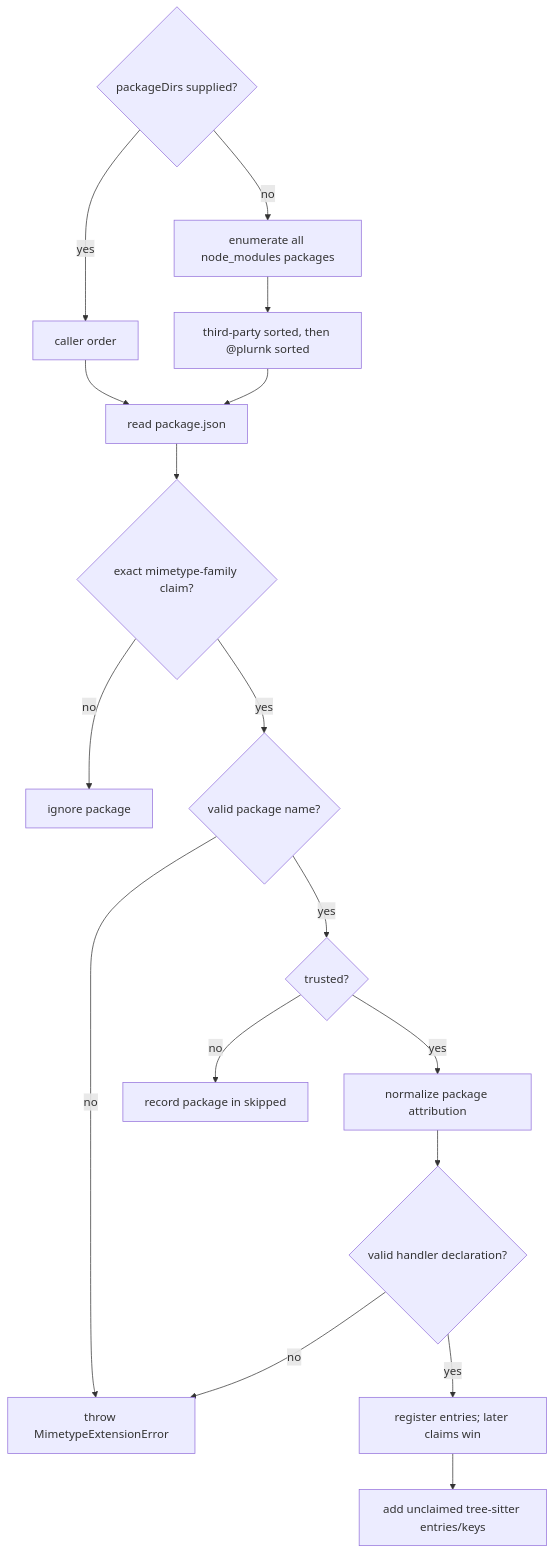
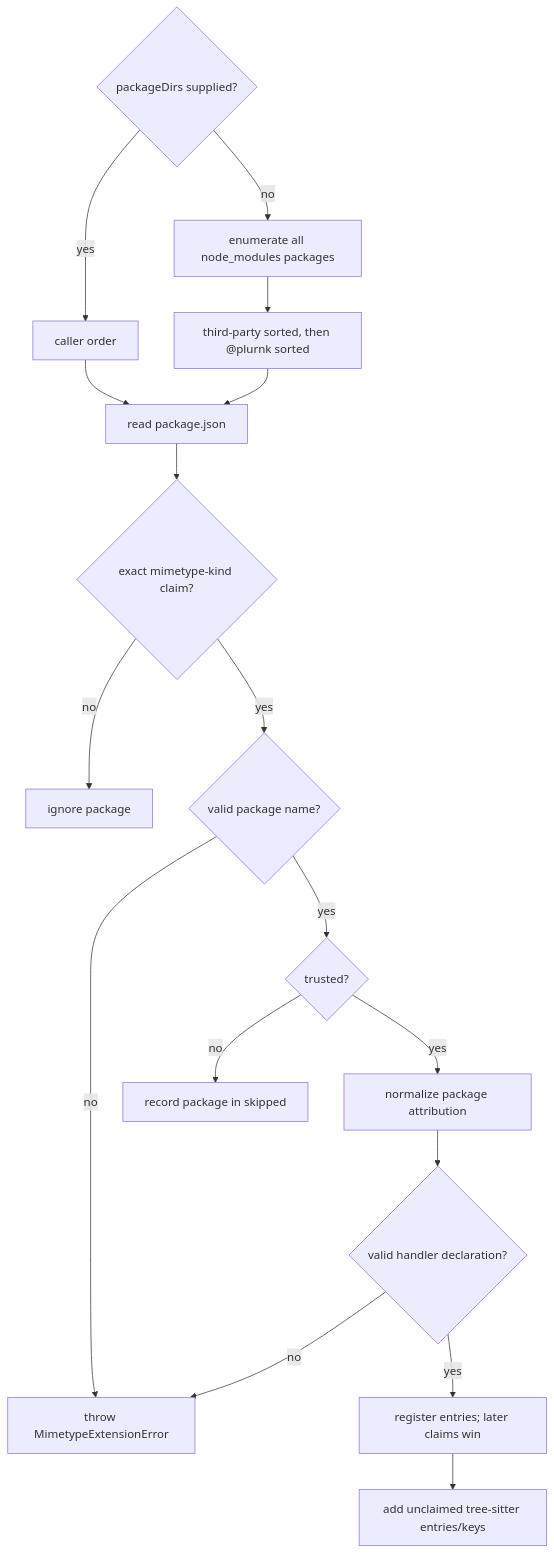
Before and after one commit to plurnk/plurnk-service: the second of 4 diagrams in plurnk-mimetypes/SPEC.md, drawn with Mermaid. The commit also changed other lines of this file and 93 other files, not shown here.

````diff
--- a/plurnk-mimetypes/SPEC.md
+++ b/plurnk-mimetypes/SPEC.md
@@ -184,20 +184,20 @@
 ```mermaid
 flowchart TD
     I{"packageDirs supplied?"}
     I -->|yes| E["caller order"]
     I -->|no| N["enumerate all node_modules packages"]
     N --> O["third-party sorted, then @plurnk sorted"]
     E --> M["read package.json"]
     O --> M
-    M --> K{"exact mimetype-family claim?"}
+    M --> K{"exact mimetype-kind claim?"}
     K -->|no| Z["ignore package"]
     K -->|yes| P{"valid package name?"}
     P -->|no| F["throw MimetypeExtensionError"]
     P -->|yes| T{"trusted?"}
     T -->|no| S["record package in skipped"]
     T -->|yes| A["normalize package attribution"]
     A --> D{"valid handler declaration?"}
     D -->|no| F
     D -->|yes| G["register entries; later claims win"]
     G --> B["add unclaimed tree-sitter entries/keys"]
 ```
````
